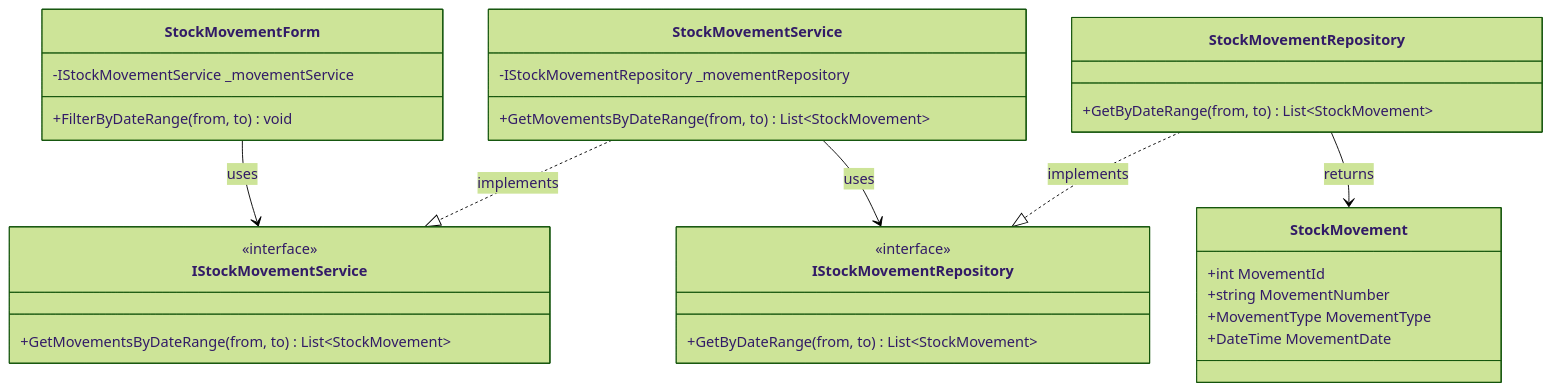
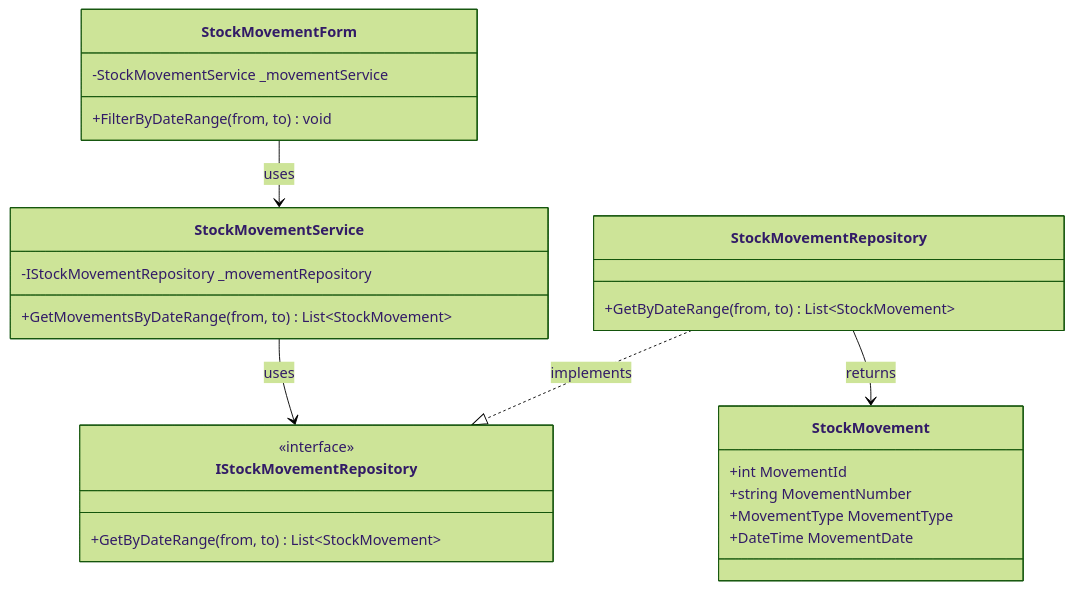
Before and after one commit to nahuk86/tp_diploma_nk_2026: the ninth of 16 diagrams in Documentation/UML_Diagrams/14_Movements_UseCases.md, drawn with Mermaid (forest theme). The commit also changed other lines of this file and 5 other files, not shown here.

First line of the commit message:
Fix UML documentation: remove non-existent BLL service interfaces

````diff
--- a/Documentation/UML_Diagrams/14_Movements_UseCases.md
+++ b/Documentation/UML_Diagrams/14_Movements_UseCases.md
@@ -392,39 +365,34 @@
 ```mermaid
 classDiagram
     class StockMovementForm {
-        -IStockMovementService _movementService
+        -StockMovementService _movementService
         +FilterByDateRange(from, to) void
     }
 
-    class IStockMovementService {
-        <<interface>>
-        +GetMovementsByDateRange(from, to) List~StockMovement~
-    }
 
     class StockMovementService {
         -IStockMovementRepository _movementRepository
         +GetMovementsByDateRange(from, to) List~StockMovement~
     }
 
     class IStockMovementRepository {
         <<interface>>
         +GetByDateRange(from, to) List~StockMovement~
     }
 
     class StockMovementRepository {
         +GetByDateRange(from, to) List~StockMovement~
     }
 
     class StockMovement {
         +int MovementId
         +string MovementNumber
         +MovementType MovementType
         +DateTime MovementDate
     }
 
-    StockMovementForm --> IStockMovementService : uses
-    StockMovementService ..|> IStockMovementService : implements
+    StockMovementForm --> StockMovementService : uses
     StockMovementService --> IStockMovementRepository : uses
     StockMovementRepository ..|> IStockMovementRepository : implements
     StockMovementRepository --> StockMovement : returns
 ```
````
